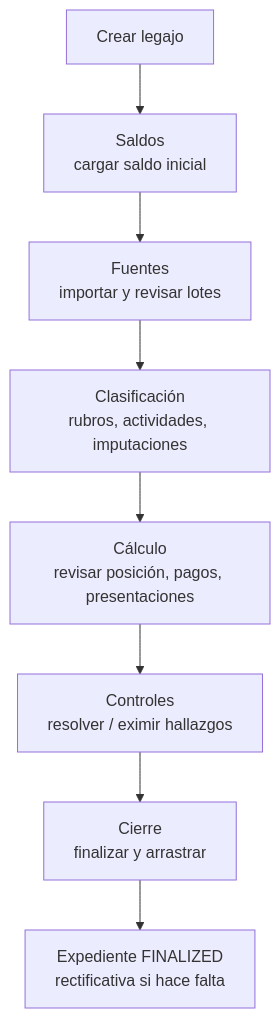
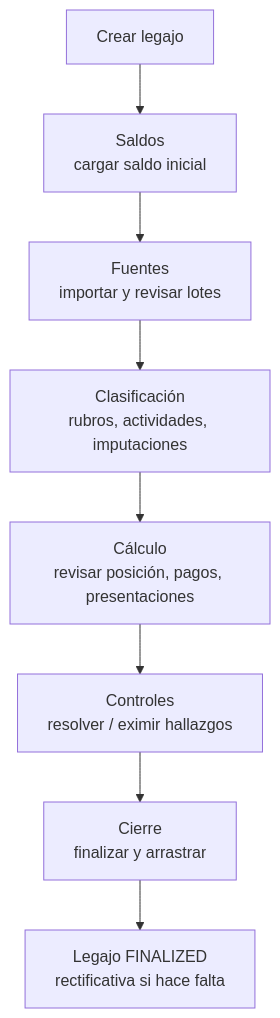
One commit to TataInti/contable changed the tenth of 10 diagrams in docs/flujograma-expediente-mensual.md. Above: the diagram before and after it, drawn with Mermaid. The commit also changed other lines of this file, not shown here.

First line of the commit message:
Foco 2.6 (decisión 2): flujograma del Legajo

````diff
--- a/docs/flujograma-expediente-mensual.md
+++ b/docs/flujograma-expediente-mensual.md
@@ -245,10 +245,10 @@
 ```mermaid
 flowchart TD
     INICIO[Crear legajo] --> E1[Saldos<br/>cargar saldo inicial]
     E1 --> E2[Fuentes<br/>importar y revisar lotes]
     E2 --> E3[Clasificación<br/>rubros, actividades, imputaciones]
     E3 --> E4[Cálculo<br/>revisar posición, pagos, presentaciones]
     E4 --> E5[Controles<br/>resolver / eximir hallazgos]
     E5 --> E6[Cierre<br/>finalizar y arrastrar]
-    E6 --> FIN[Expediente FINALIZED<br/>rectificativa si hace falta]
+    E6 --> FIN[Legajo FINALIZED<br/>rectificativa si hace falta]
 ```
````
